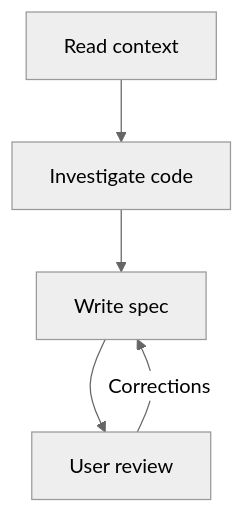
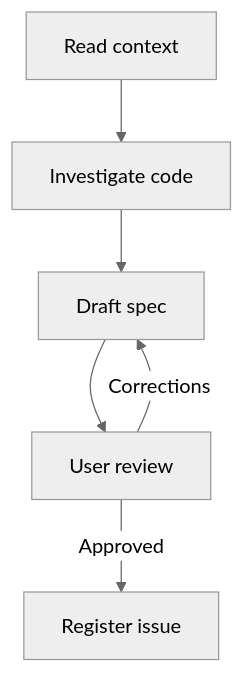
One commit to adeonir/agent-skills changed the diagram in skills/engineering/to-spec/README.md. Above: the diagram before and after it, drawn with Mermaid (neutral theme). The commit also changed other lines of this file and 2 other files, not shown here.

Commit message:
feat(to-spec): register specs as tracker issues instead of local files

````diff
--- a/skills/engineering/to-spec/README.md
+++ b/skills/engineering/to-spec/README.md
@@ -7,7 +7,8 @@
 ```mermaid
 flowchart TD
     A[Read context] --> B[Investigate code]
-    B --> C[Write spec]
+    B --> C[Draft spec]
     C --> D[User review]
     D -->|Corrections| C
+    D -->|Approved| E[Register issue]
 ```
````
